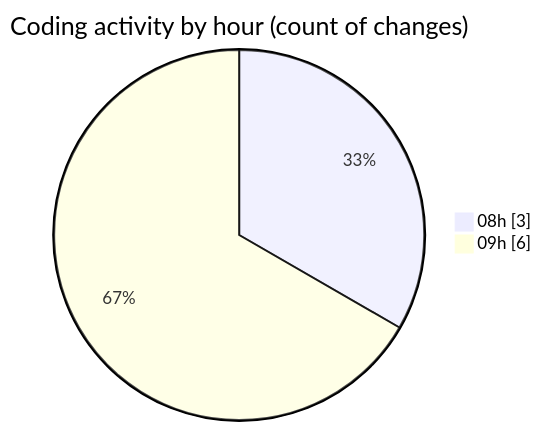
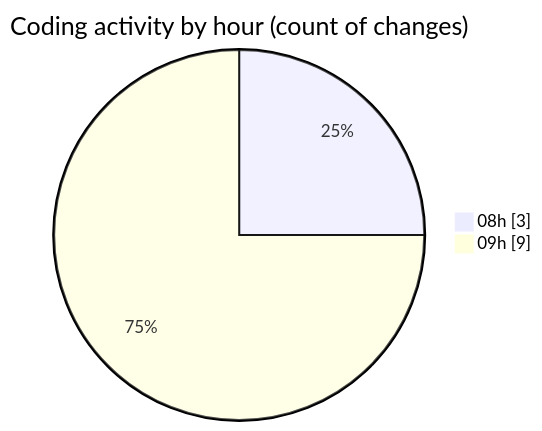
One commit to julien-gomy/code-tracking changed the second of 2 diagrams in 2025-10-22/eventscop-api-guide__workspace_/README.md. Above: the diagram before and after it, drawn with Mermaid. The commit also changed other lines of this file and 1 other file, not shown here.

````diff
--- a/2025-10-22/eventscop-api-guide__workspace_/README.md
+++ b/2025-10-22/eventscop-api-guide__workspace_/README.md
@@ -30,6 +32,6 @@
 ```mermaid
 pie showData
 title Coding activity by hour (count of changes)
 "08h" : 3
-"09h" : 6
+"09h" : 9
 ```
````
